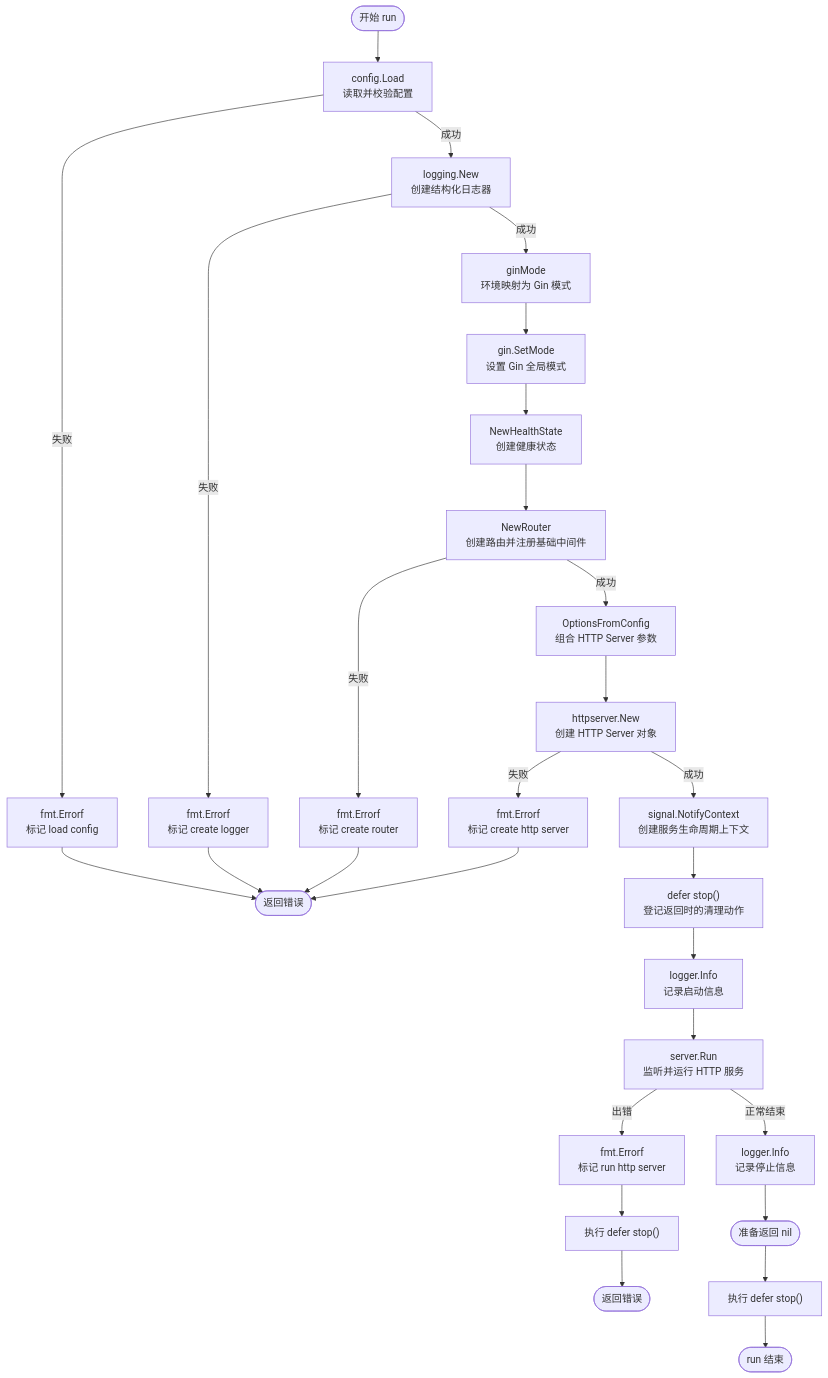
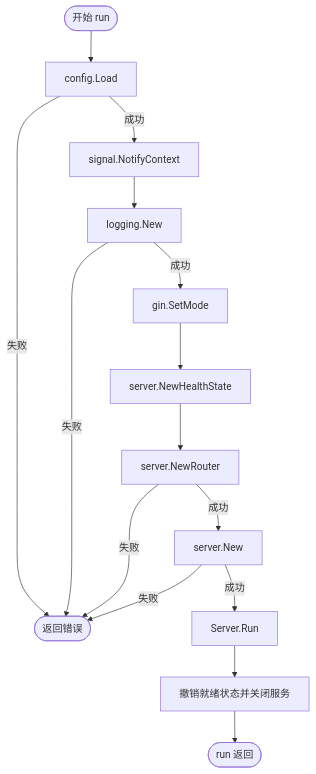
One commit to leimingze/note changed the diagram in 实习项目/PulseFrame/设计文档/基座架构.md. Above: the diagram before and after it, drawn with Mermaid. The commit also changed other lines of this file and 72 other files, not shown here.

````diff
--- a/实习项目/PulseFrame/设计文档/基座架构.md
+++ b/实习项目/PulseFrame/设计文档/基座架构.md
@@ -7,21 +7,17 @@
-```mermaid
+~~~mermaid
 flowchart TD
-    START([开始 run]) --> LOAD["config.Load<br/>读取并校验配置"]
-    LOAD -- 失败 --> ELOAD["fmt.Errorf<br/>标记 load config"] --> RETURNERR([返回错误])
-    LOAD -- 成功 --> LOGNEW["logging.New<br/>创建结构化日志器"]
-    LOGNEW -- 失败 --> ELOG["fmt.Errorf<br/>标记 create logger"] --> RETURNERR
-    LOGNEW -- 成功 --> MODE["ginMode<br/>环境映射为 Gin 模式"]
-    MODE --> SETMODE["gin.SetMode<br/>设置 Gin 全局模式"]
-    SETMODE --> HEALTH["NewHealthState<br/>创建健康状态"]
-    HEALTH --> ROUTER["NewRouter<br/>创建路由并注册基础中间件"]
-    ROUTER -- 失败 --> EROUTER["fmt.Errorf<br/>标记 create router"] --> RETURNERR
-    ROUTER -- 成功 --> OPTIONS["OptionsFromConfig<br/>组合 HTTP Server 参数"]
-    OPTIONS --> SERVERNEW["httpserver.New<br/>创建 HTTP Server 对象"]
-    SERVERNEW -- 失败 --> ESERVER["fmt.Errorf<br/>标记 create http server"] --> RETURNERR
-    SERVERNEW -- 成功 --> SIGNAL["signal.NotifyContext<br/>创建服务生命周期上下文"]
-    SIGNAL --> DEFER["defer stop()<br/>登记返回时的清理动作"]
-    DEFER --> STARTLOG["logger.Info<br/>记录启动信息"]
-    STARTLOG --> RUN["server.Run<br/>监听并运行 HTTP 服务"]
-    RUN -- 出错 --> ERUN["fmt.Errorf<br/>标记 run http server"] --> CLEANERR["执行 defer stop()"] --> RETURNRUNERR([返回错误])
-    RUN -- 正常结束 --> STOPLOG["logger.Info<br/>记录停止信息"] --> RETURNNIL([准备返回 nil]) --> CLEANNIL["执行 defer stop()"] --> DONE([run 结束])
-```
+    START([开始 run]) --> LOAD[config.Load]
+    LOAD -- 失败 --> RETURNERR([返回错误])
+    LOAD -- 成功 --> SIGNAL[signal.NotifyContext]
+    SIGNAL --> LOGGER[logging.New]
+    LOGGER -- 失败 --> RETURNERR
+    LOGGER -- 成功 --> MODE[gin.SetMode]
+    MODE --> HEALTH[server.NewHealthState]
+    HEALTH --> ROUTER[server.NewRouter]
+    ROUTER -- 失败 --> RETURNERR
+    ROUTER -- 成功 --> SERVER[server.New]
+    SERVER -- 失败 --> RETURNERR
+    SERVER -- 成功 --> RUN[Server.Run]
+    RUN --> STOP[撤销就绪状态并关闭服务]
+    STOP --> DONE([run 返回])
+~~~
````
